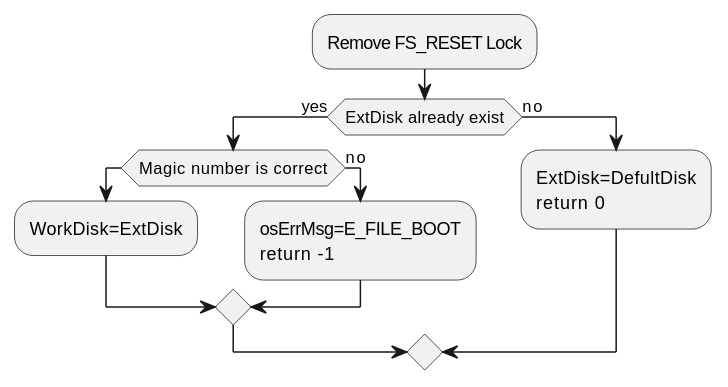
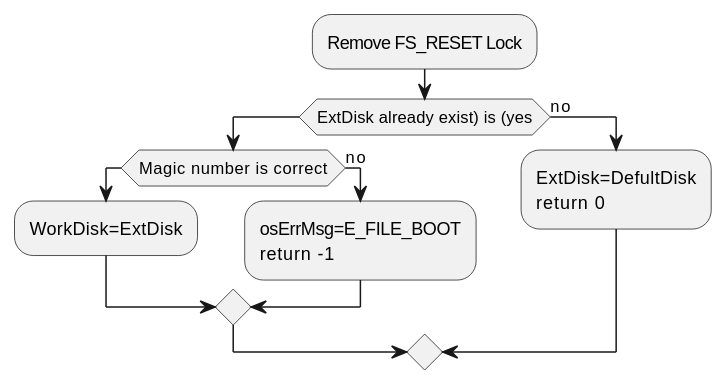
One commit to HawaiinPizza/CIS-450-final-project changed the first of 20 diagrams in Plan.org. Above: the diagram before and after it, drawn with PlantUML. The commit also changed other lines of this file and 7 other files, not shown here.

```diff
--- a/Plan.org
+++ b/Plan.org
@@ -319,18 +326,18 @@
      #+BEGIN_SRC plantuml  :file Plant/FS_BOOT.png
      @startuml
      :Remove FS_RESET Lock; 
-     if (ExtDisk already exist) then (yes)
+     if (ExtDisk already exist) is (yes)
 	if(Magic number is correct)
 		:WorkDisk=ExtDisk;
 	else (no)
 		:osErrMsg=E_FILE_BOOT
 		return -1;
 	endif
 		
      else (no)
 	:ExtDisk=DefultDisk
 	return 0;
     endif
 	
     @enduml
      #+END_SRC
```
